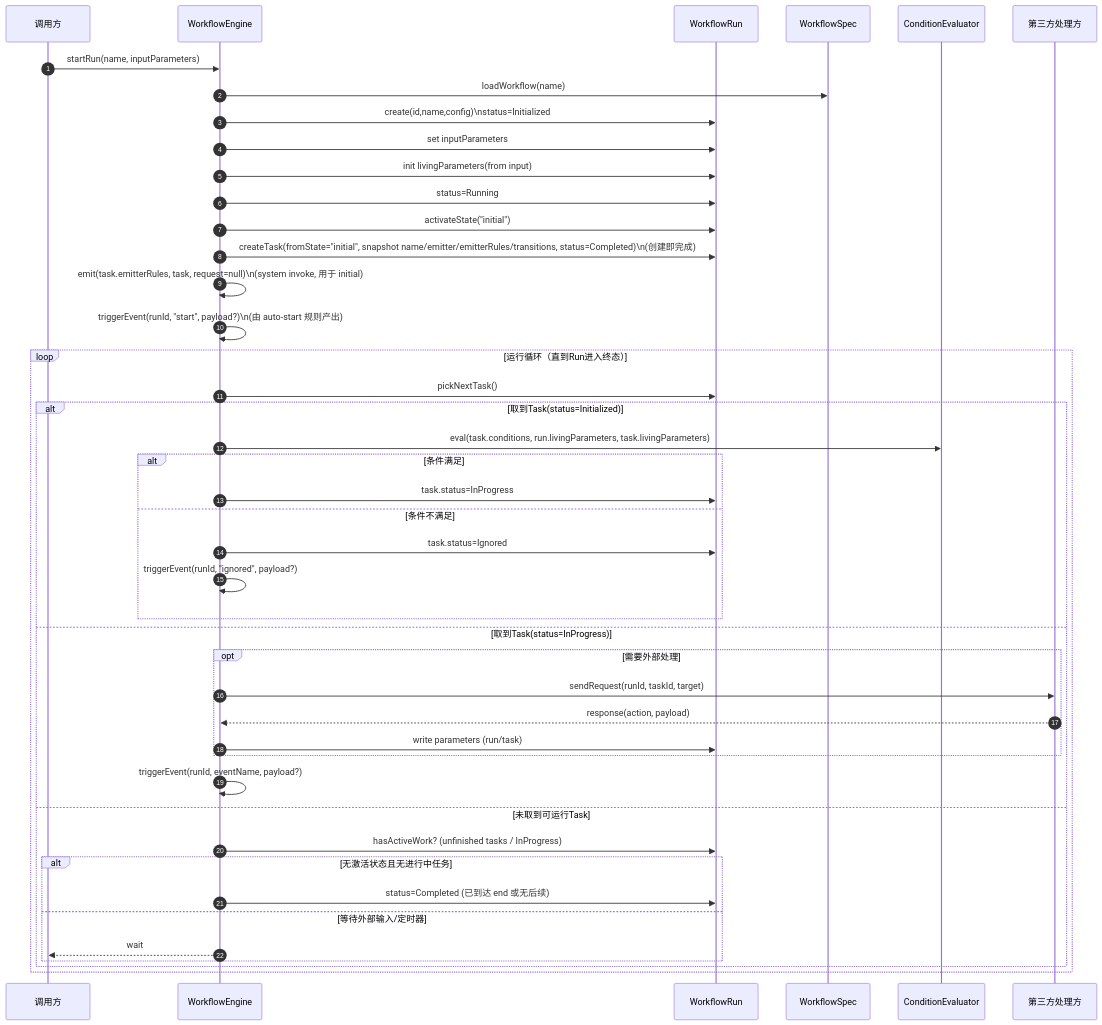
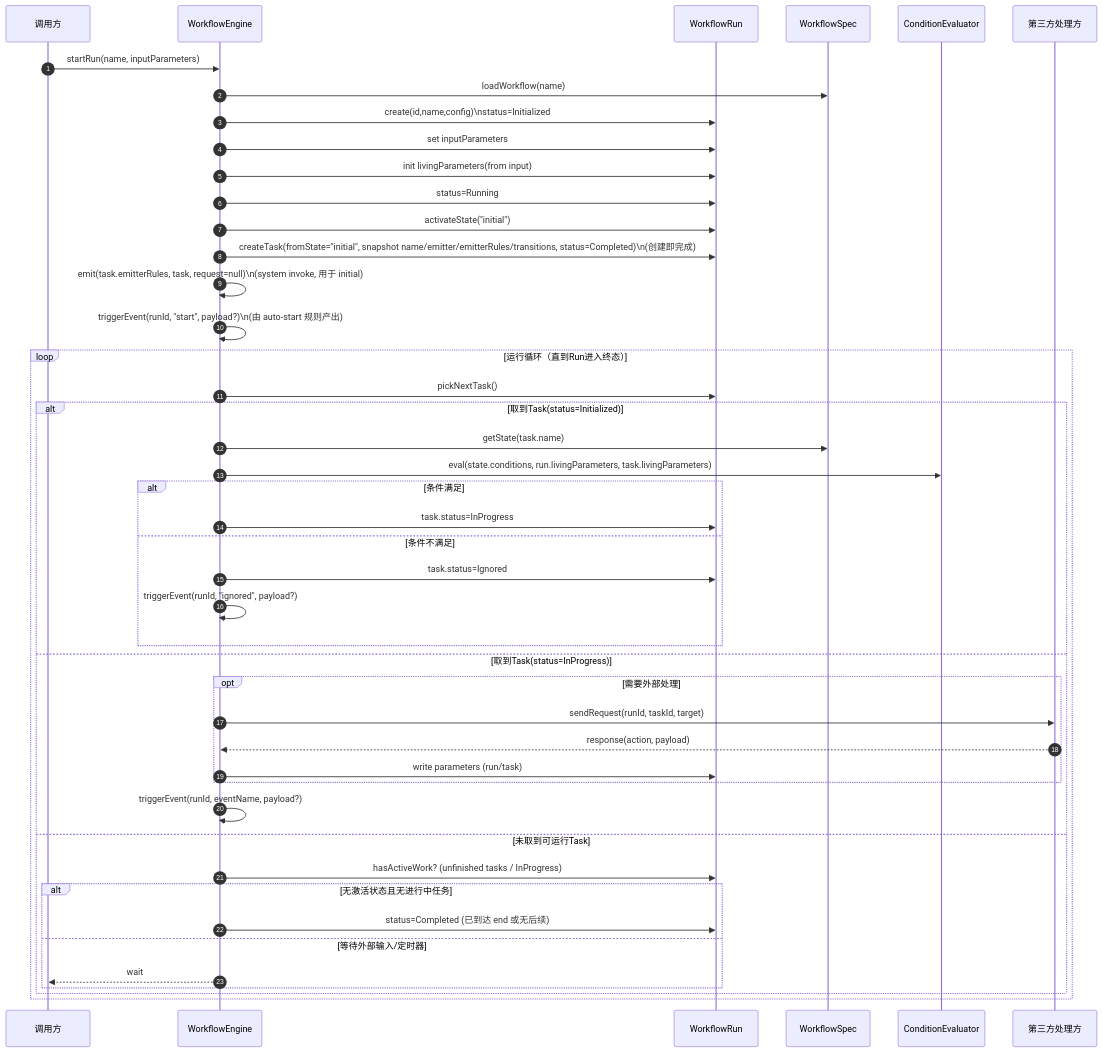
The fourth of 8 diagrams in docs/design/20-runtime-domain.md (lchrennew/es-workflow), drawn with Mermaid before and after one commit. The commit also changed other lines of this file and 20 other files, not shown here.

````diff
--- a/docs/design/20-runtime-domain.md
+++ b/docs/design/20-runtime-domain.md
@@ -335,48 +343,49 @@
 ```mermaid
 sequenceDiagram
 autonumber
 participant Caller as 调用方
 participant Engine as WorkflowEngine
 participant Run as WorkflowRun
 participant Spec as WorkflowSpec
 participant Cond as ConditionEvaluator
 participant Third as 第三方处理方
 
 Caller->>Engine: startRun(name, inputParameters)
 Engine->>Spec: loadWorkflow(name)
 Engine->>Run: create(id,name,config)\nstatus=Initialized
 Engine->>Run: set inputParameters
 Engine->>Run: init livingParameters(from input)
 Engine->>Run: status=Running
 Engine->>Run: activateState("initial")
 Engine->>Run: createTask(fromState="initial", snapshot name/emitter/emitterRules/transitions, status=Completed)\n(创建即完成)
 Engine->>Engine: emit(task.emitterRules, task, request=null)\n(system invoke, 用于 initial)
 Engine->>Engine: triggerEvent(runId, "start", payload?)\n(由 auto-start 规则产出)
 
 loop 运行循环（直到Run进入终态）
   Engine->>Run: pickNextTask()
   alt 取到Task(status=Initialized)
-    Engine->>Cond: eval(task.conditions, run.livingParameters, task.livingParameters)
+    Engine->>Spec: getState(task.name)
+    Engine->>Cond: eval(state.conditions, run.livingParameters, task.livingParameters)
     alt 条件满足
       Engine->>Run: task.status=InProgress
     else 条件不满足
       Engine->>Run: task.status=Ignored
       Engine->>Engine: triggerEvent(runId, "ignored", payload?)
     end
   else 取到Task(status=InProgress)
     opt 需要外部处理
       Engine->>Third: sendRequest(runId, taskId, target)
       Third-->>Engine: response(action, payload)
       Engine->>Run: write parameters (run/task)
     end
     Engine->>Engine: triggerEvent(runId, eventName, payload?)
   else 未取到可运行Task
     Engine->>Run: hasActiveWork? (unfinished tasks / InProgress)
     alt 无激活状态且无进行中任务
       Engine->>Run: status=Completed (已到达 end 或无后续)
     else 等待外部输入/定时器
       Engine-->>Caller: wait
     end
   end
 end
 ```
````
